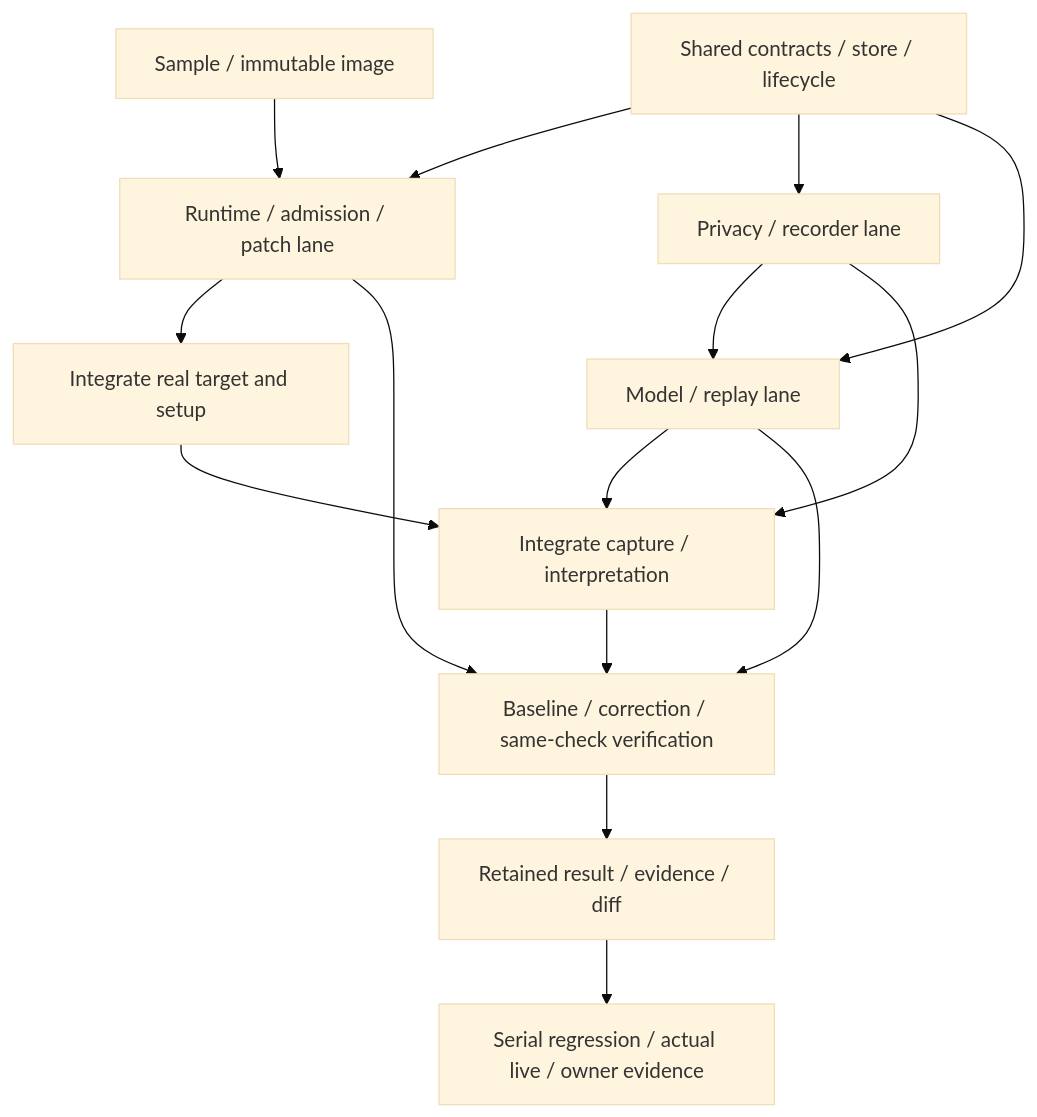
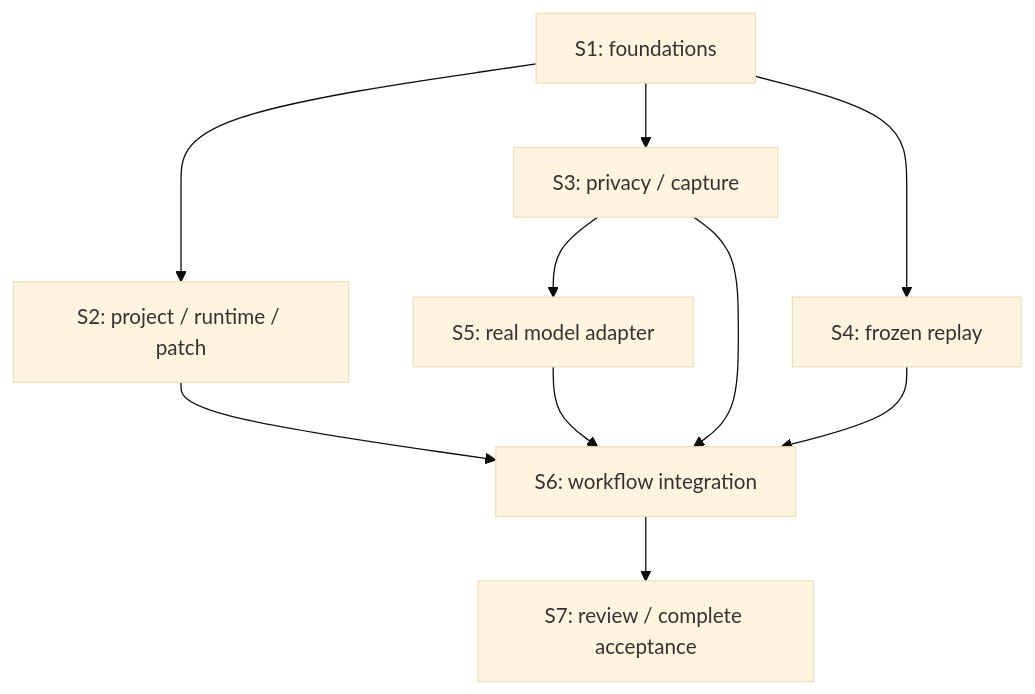
Before and after one commit to LLagoon3/flowproof: the diagram in specs/006-project-live-verification/tasks.md, drawn with Mermaid (base theme). The commit also changed other lines of this file and 3 other files, not shown here.

Commit message:
docs(tasks): split live verification into seven PR slices

````diff
--- a/specs/006-project-live-verification/tasks.md
+++ b/specs/006-project-live-verification/tasks.md
@@ -242,17 +253,12 @@
 ```mermaid
 flowchart TD
-  Foundation[Shared contracts / store / lifecycle] --> Runtime[Runtime / admission / patch lane]
-  Foundation --> Capture[Privacy / recorder lane]
-  Foundation --> Model[Model / replay lane]
-  Image[Sample / immutable image] --> Runtime
-  Capture --> Model
-  Runtime --> SetupUI[Integrate real target and setup]
-  SetupUI --> Analysis[Integrate capture / interpretation]
-  Capture --> Analysis
-  Model --> Analysis
-  Analysis --> Verification[Baseline / correction / same-check verification]
-  Runtime --> Verification
-  Model --> Verification
-  Verification --> Review[Retained result / evidence / diff]
-  Review --> Final[Serial regression / actual live / owner evidence]
+  S1[S1: foundations] --> S2[S2: project / runtime / patch]
+  S1 --> S3[S3: privacy / capture]
+  S1 --> S4[S4: frozen replay]
+  S3 --> S5[S5: real model adapter]
+  S2 --> S6[S6: workflow integration]
+  S3 --> S6
+  S4 --> S6
+  S5 --> S6
+  S6 --> S7[S7: review / complete acceptance]
 ```
````
